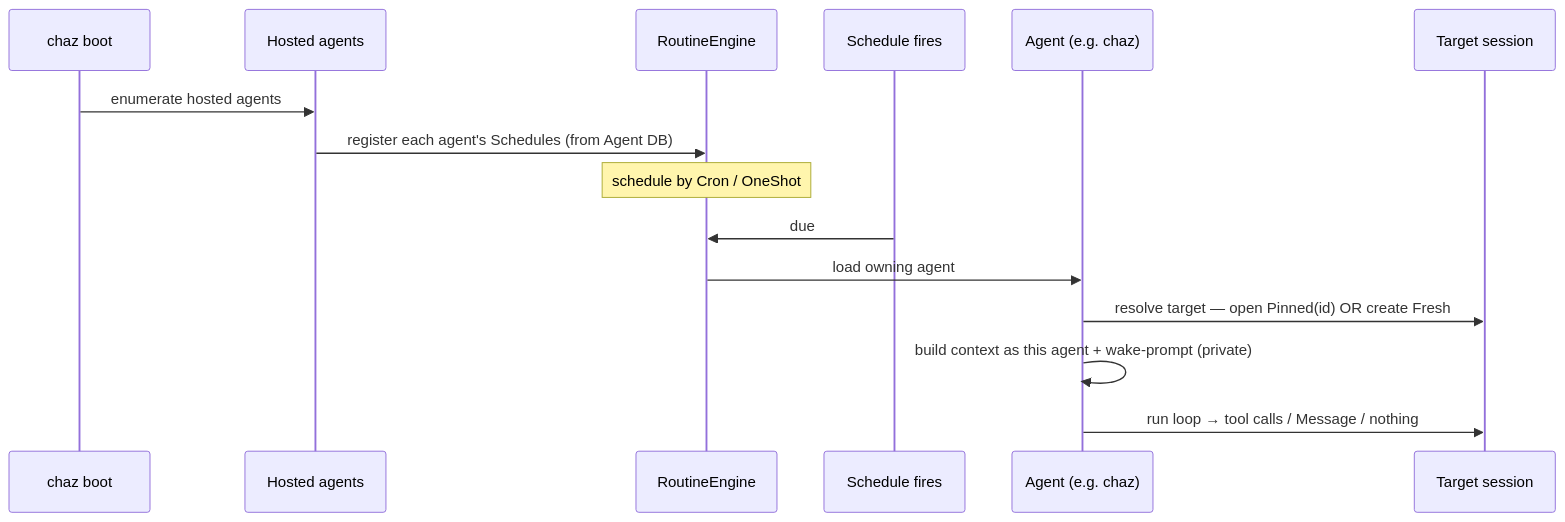
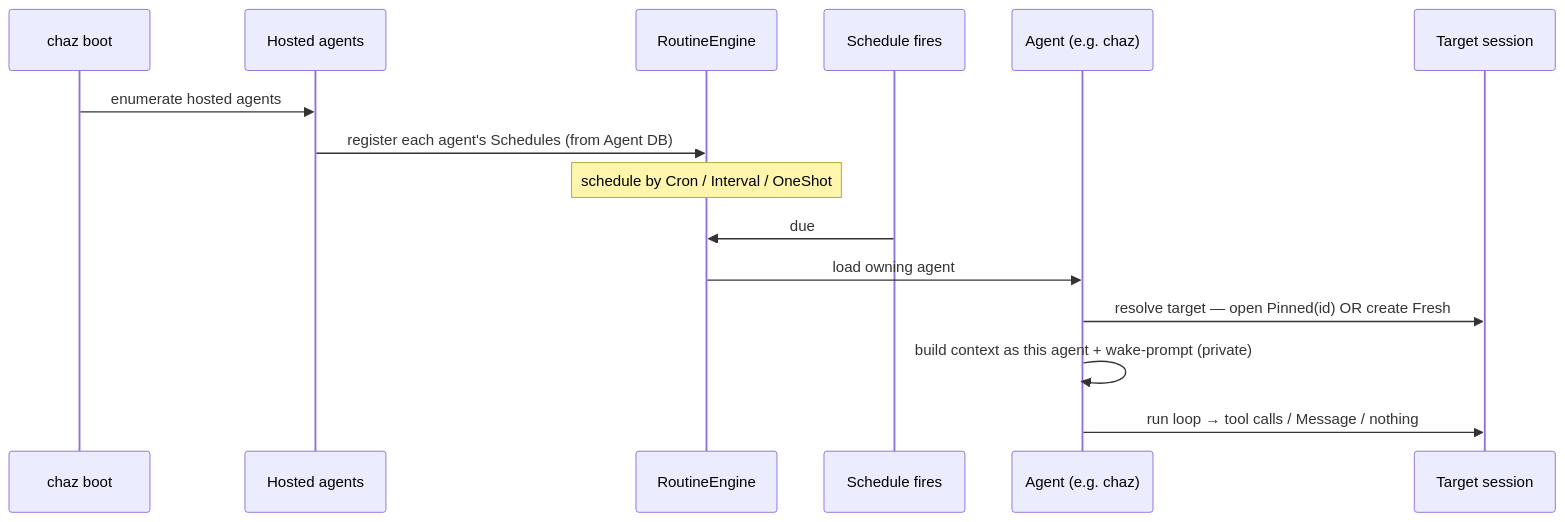
The diagram in docs/src/design/agent_schedules.md (arcuru/chaz), drawn with Mermaid before and after one commit. The commit also changed other lines of this file and 15 other files, not shown here.

````diff
--- a/docs/src/design/agent_schedules.md
+++ b/docs/src/design/agent_schedules.md
@@ -111,18 +111,18 @@
 ```mermaid
 sequenceDiagram
     participant B as chaz boot
     participant AX as Hosted agents
     participant E as RoutineEngine
     participant T as Schedule fires
     participant AG as Agent (e.g. chaz)
     participant S as Target session
 
     B->>AX: enumerate hosted agents
     AX->>E: register each agent's Schedules (from Agent DB)
-    Note over E: schedule by Cron / OneShot
+    Note over E: schedule by Cron / Interval / OneShot
     T->>E: due
     E->>AG: load owning agent
     AG->>S: resolve target — open Pinned(id) OR create Fresh
     AG->>AG: build context as this agent + wake-prompt (private)
     AG->>S: run loop → tool calls / Message / nothing
 ```
````
